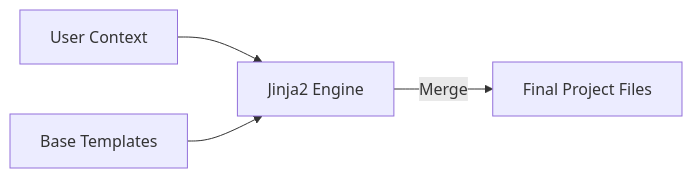
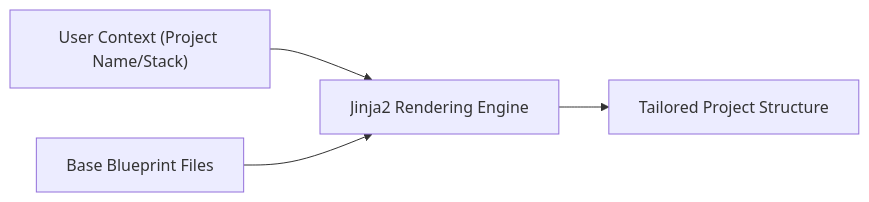
The third of 11 diagrams in README.md (Devopstrio/starter-kits), drawn with Mermaid before and after one commit. The commit also changed other lines of this file, not shown here.

Commit message:
docs: implement 11+ professional architecture diagrams for starter kits platform

````diff
--- a/README.md
+++ b/README.md
@@ -69,6 +119,6 @@
 ```mermaid
 graph LR
-    Ctx[User Context] --> Engine[Jinja2 Engine]
-    Tpl[Base Templates] --> Engine
-    Engine -->|Merge| Rendered[Final Project Files]
+    Ctx["User Context (Project Name/Stack)"] --> Engine["Jinja2 Rendering Engine"]
+    Base["Base Blueprint Files"] --> Engine
+    Engine --> Output["Tailored Project Structure"]
 ```
````
